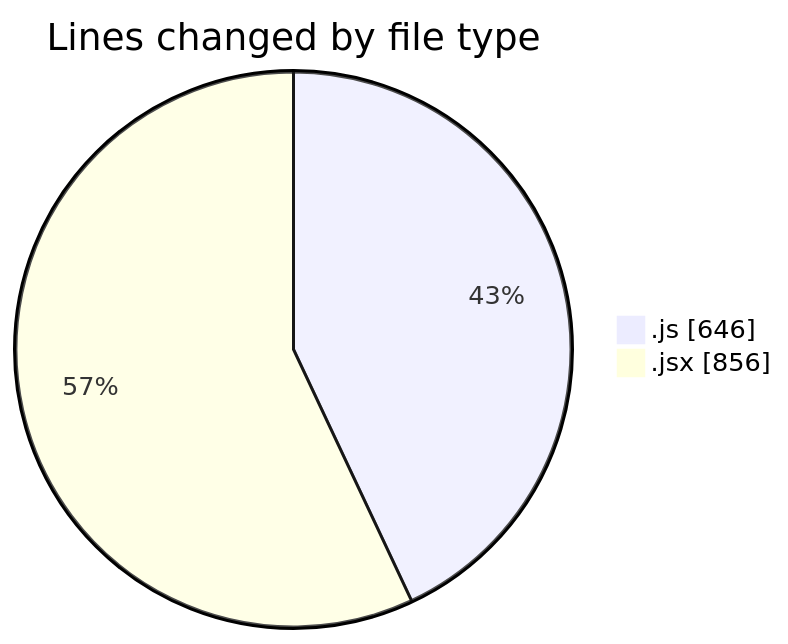
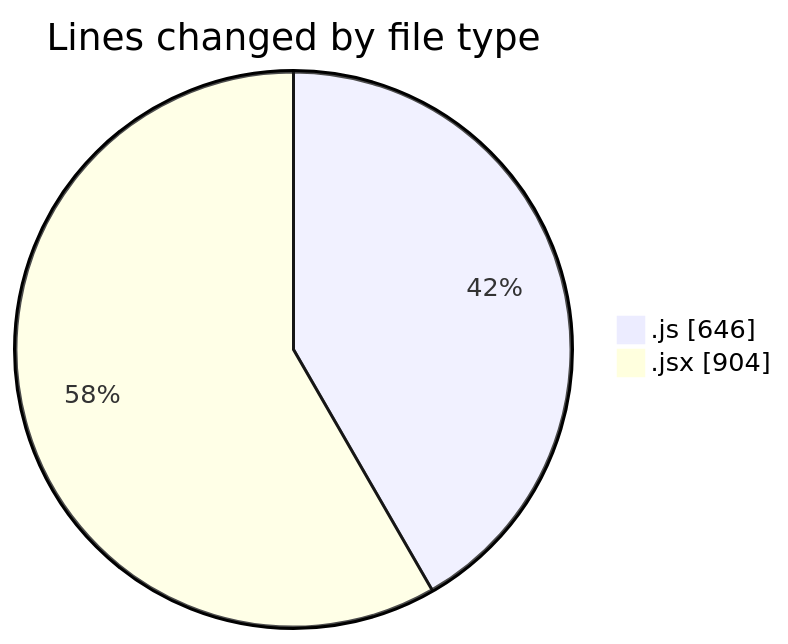
Before and after one commit to nxtqubesakshisongat/code-tracking: the first of 2 diagrams in 2025-04-08/nxtqube_webapp/README.md, drawn with Mermaid. The commit also changed other lines of this file and 1 other file, not shown here.

````diff
--- a/2025-04-08/nxtqube_webapp/README.md
+++ b/2025-04-08/nxtqube_webapp/README.md
@@ -23,6 +23,6 @@
 ```mermaid
 pie showData
 title Lines changed by file type
 ".js" : 646
-".jsx" : 856
+".jsx" : 904
 ```
````
